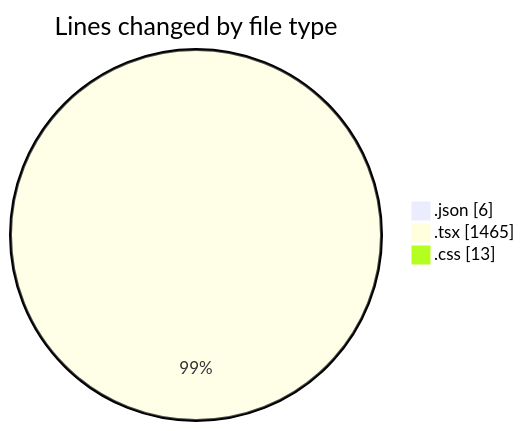
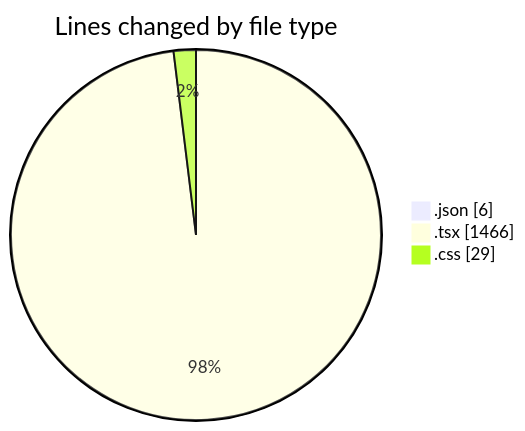
One commit to Elitesun/code-tracking changed the first of 2 diagrams in 2025-04-07/sungpt/README.md. Above: the diagram before and after it, drawn with Mermaid. The commit also changed other lines of this file and 1 other file, not shown here.

````diff
--- a/2025-04-07/sungpt/README.md
+++ b/2025-04-07/sungpt/README.md
@@ -27,7 +27,7 @@
 ```mermaid
 pie showData
 title Lines changed by file type
 ".json" : 6
-".tsx" : 1465
-".css" : 13
+".tsx" : 1466
+".css" : 29
 ```
````
